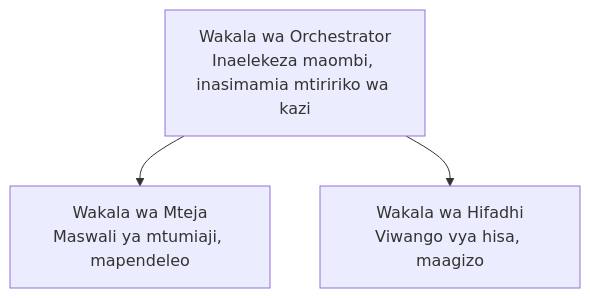
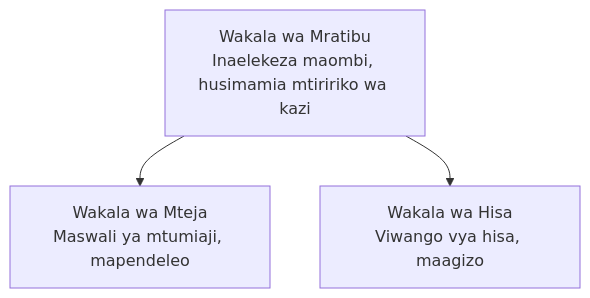
One commit to microsoft/AZD-for-beginners changed the diagram in translations/sw/docs/chapter-05-multi-agent/README.md. Above: the diagram before and after it, drawn with Mermaid. The commit also changed other lines of this file and 61 other files, not shown here.

````diff
--- a/translations/sw/docs/chapter-05-multi-agent/README.md
+++ b/translations/sw/docs/chapter-05-multi-agent/README.md
@@ -54,5 +54,5 @@
 ```mermaid
 graph TD
-    Orchestrator[Wakala wa Orchestrator<br/>Inaelekeza maombi, inasimamia mtiririko wa kazi] --> Customer[Wakala wa Mteja<br/>Maswali ya mtumiaji, mapendeleo]
-    Orchestrator --> Inventory[Wakala wa Hifadhi<br/>Viwango vya hisa, maagizo]
+    Orchestrator[Wakala wa Mratibu<br/>Inaelekeza maombi, husimamia mtiririko wa kazi] --> Customer[Wakala wa Mteja<br/>Maswali ya mtumiaji, mapendeleo]
+    Orchestrator --> Inventory[Wakala wa Hisa<br/>Viwango vya hisa, maagizo]
 ```
````
